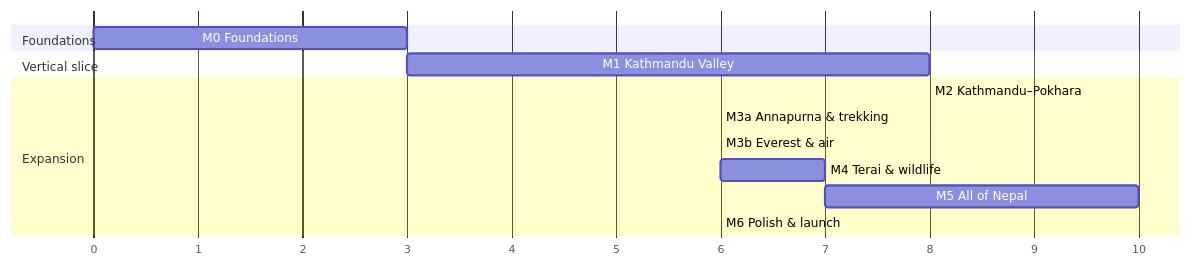
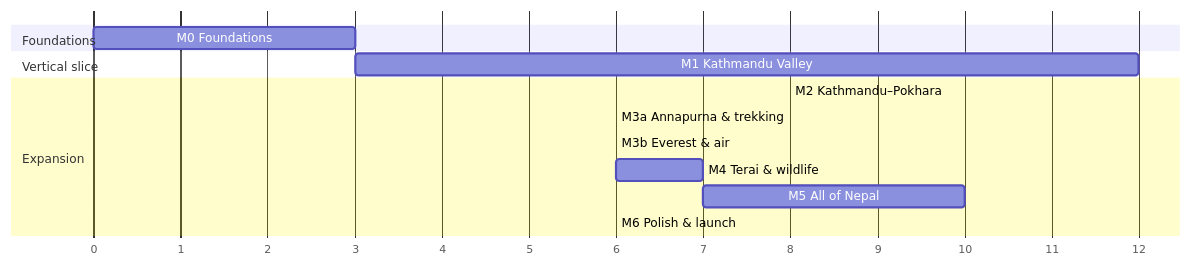
One commit to dipeshkoirala21/bookish-winner changed the diagram in docs/ROADMAP.md. Above: the diagram before and after it, drawn with Mermaid. The commit also changed other lines of this file and 10 other files, not shown here.

````diff
--- a/docs/ROADMAP.md
+++ b/docs/ROADMAP.md
@@ -12,16 +13,16 @@
 ```mermaid
 gantt
   dateFormat  X
   axisFormat %s
   section Foundations
   M0 Foundations            :m0, 0, 3
   section Vertical slice
-  M1 Kathmandu Valley       :m1, after m0, 8
+  M1 Kathmandu Valley       :m1, after m0, 12
   section Expansion
   M2 Kathmandu–Pokhara      :m2, after m1, 8
   M3a Annapurna & trekking  :m3a, after m2, 6
   M3b Everest & air         :m3b, after m3a, 6
   M4 Terai & wildlife       :m4, after m3b, 7
   M5 All of Nepal           :m5, after m4, 10
   M6 Polish & launch        :m6, after m5, 6
 ```
````
